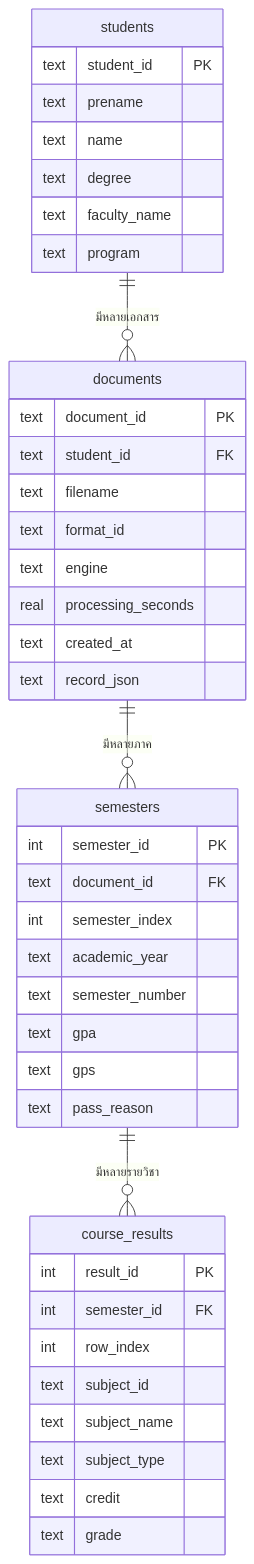
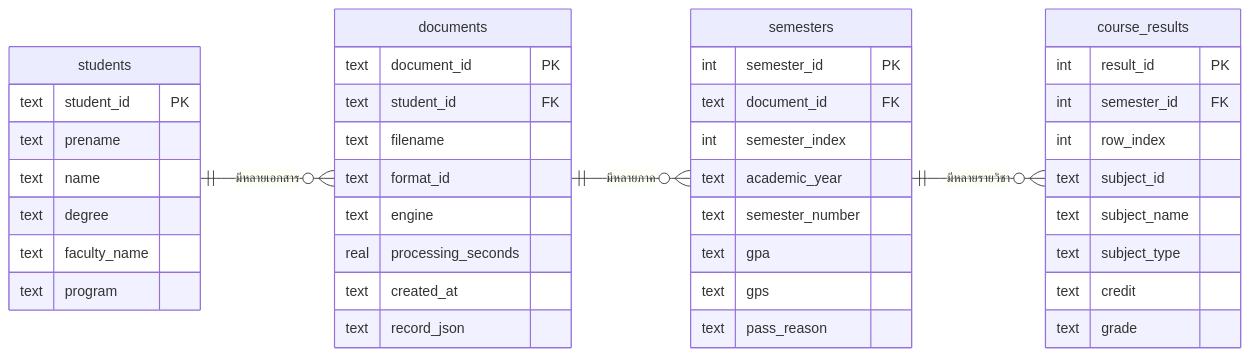
The first of 5 diagrams in docs/presentation/slide.md (PoohParamour/isd-2026-loso), drawn with Mermaid before and after one commit. The commit also changed other lines of this file and 2 other files, not shown here.

````diff
--- a/docs/presentation/slide.md
+++ b/docs/presentation/slide.md
@@ -649,44 +651,45 @@
 ```mermaid
 erDiagram
+    direction LR
     students ||--o{ documents : "มีหลายเอกสาร"
     documents ||--o{ semesters : "มีหลายภาค"
     semesters ||--o{ course_results : "มีหลายรายวิชา"
     students {
         text student_id PK
         text prename
         text name
         text degree
         text faculty_name
         text program
     }
     documents {
         text document_id PK
         text student_id FK
         text filename
         text format_id
         text engine
         real processing_seconds
         text created_at
         text record_json
     }
     semesters {
         int semester_id PK
         text document_id FK
         int semester_index
         text academic_year
         text semester_number
         text gpa
         text gps
         text pass_reason
     }
     course_results {
         int result_id PK
         int semester_id FK
         int row_index
         text subject_id
         text subject_name
         text subject_type
         text credit
         text grade
     }
 ```
````
